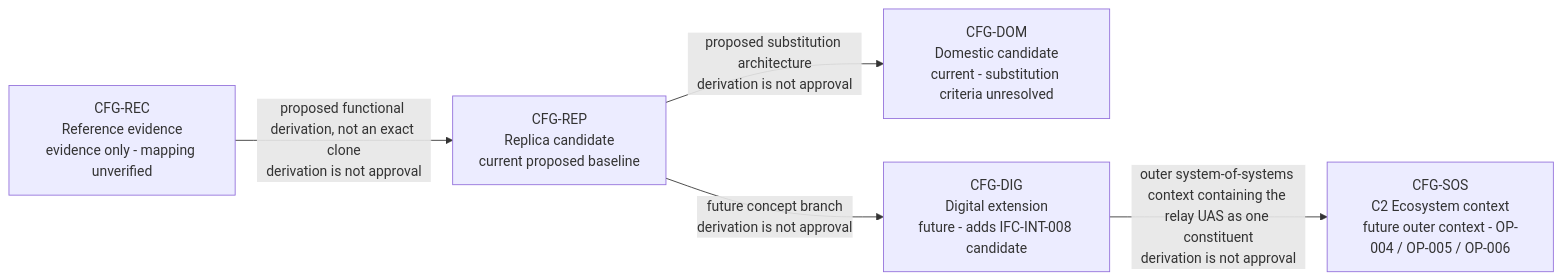
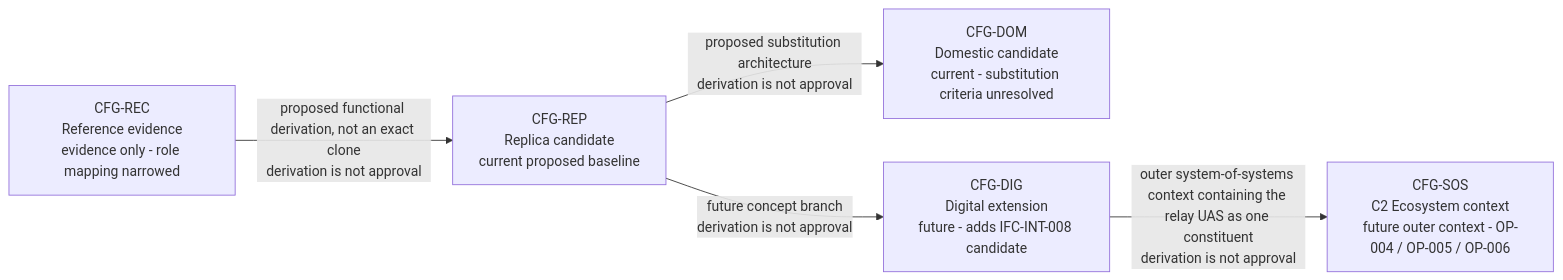
One commit to noahstephenson/low-cost-relay-uas changed the first of 22 diagrams in reports/architecture-views.md. Above: the diagram before and after it, drawn with Mermaid. The commit also changed other lines of this file and 11 other files, not shown here.

Commit message:
Record internal architecture verification baseline

````diff
--- a/reports/architecture-views.md
+++ b/reports/architecture-views.md
@@ -22,13 +22,13 @@
 ```mermaid
 flowchart LR
     %% Configuration scope: CFG-REC / CFG-REP / CFG-DOM / CFG-DIG / CFG-SOS
-    CFG_REC["CFG-REC<br/>Reference evidence<br/>evidence only - mapping unverified"]
+    CFG_REC["CFG-REC<br/>Reference evidence<br/>evidence only - role mapping narrowed"]
     CFG_REP["CFG-REP<br/>Replica candidate<br/>current proposed baseline"]
     CFG_DOM["CFG-DOM<br/>Domestic candidate<br/>current - substitution criteria unresolved"]
     CFG_DIG["CFG-DIG<br/>Digital extension<br/>future - adds IFC-INT-008 candidate"]
     CFG_SOS["CFG-SOS<br/>C2 Ecosystem context<br/>future outer context - OP-004 / OP-005 / OP-006"]
     CFG_REC -->|"proposed functional derivation, not an exact clone<br/>derivation is not approval"| CFG_REP
     CFG_REP -->|"proposed substitution architecture<br/>derivation is not approval"| CFG_DOM
     CFG_REP -->|"future concept branch<br/>derivation is not approval"| CFG_DIG
     CFG_DIG -->|"outer system-of-systems context containing the relay UAS as one constituent<br/>derivation is not approval"| CFG_SOS
 ```
````
